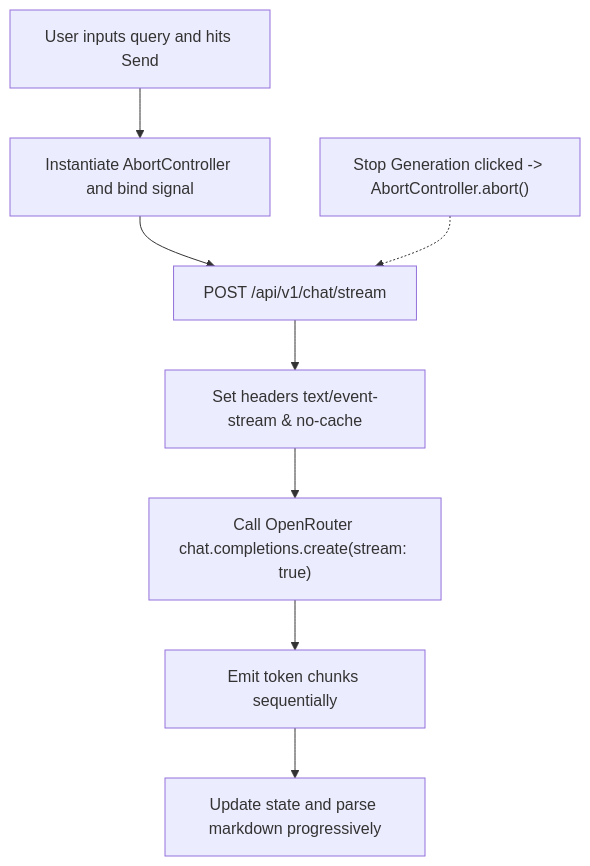
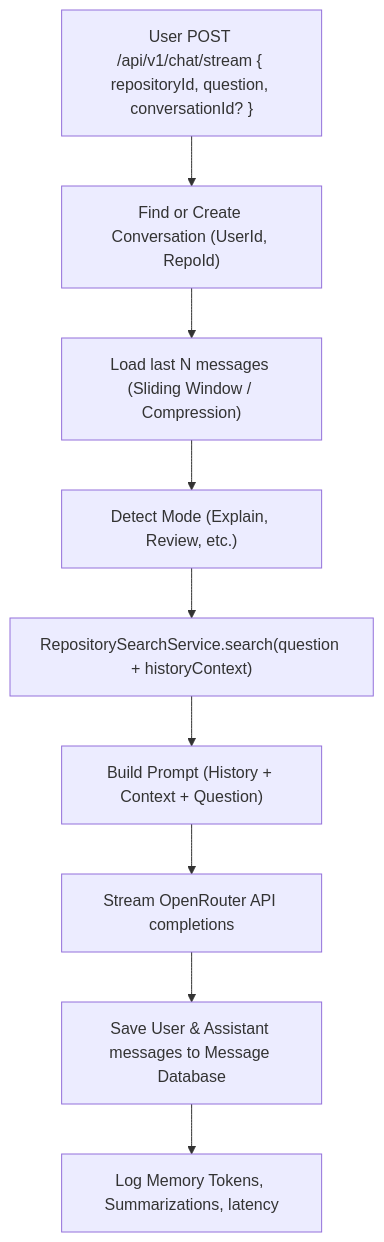
One commit to Gauravgits1308/CodeAtlas changed the diagram in apps/web/walkthrough.md. Above: the diagram before and after it, drawn with Mermaid. The commit also changed other lines of this file and 9 other files, not shown here.

Commit message:
feat: implement repository conversation memory database schemas and sidebars

````diff
--- a/apps/web/walkthrough.md
+++ b/apps/web/walkthrough.md
@@ -26,19 +31,21 @@
 ```mermaid
 graph TD
-    User["User inputs query and hits Send"]
-    AbortCtrl["Instantiate AbortController and bind signal"]
-    FetchStream["POST /api/v1/chat/stream"]
-    SSEHeaders["Set headers text/event-stream & no-cache"]
-    LLMStream["Call OpenRouter chat.completions.create(stream: true)"]
-    TokenEmit["Emit token chunks sequentially"]
-    ClientRender["Update state and parse markdown progressively"]
-    ClientStop["Stop Generation clicked -> AbortController.abort()"]
+    UserQuery["User POST /api/v1/chat/stream { repositoryId, question, conversationId? }"]
+    FindOrCreate["Find or Create Conversation (UserId, RepoId)"]
+    MemoryLoad["Load last N messages (Sliding Window / Compression)"]
+    ModeDetect["Detect Mode (Explain, Review, etc.)"]
+    Search["RepositorySearchService.search(question + historyContext)"]
+    PromptBuild["Build Prompt (History + Context + Question)"]
+    LLM["Stream OpenRouter API completions"]
+    SaveMessage["Save User & Assistant messages to Message Database"]
+    Telemetry["Log Memory Tokens, Summarizations, latency"]
 
-    User --> AbortCtrl
-    AbortCtrl --> FetchStream
-    FetchStream --> SSEHeaders
-    SSEHeaders --> LLMStream
-    LLMStream --> TokenEmit
-    TokenEmit --> ClientRender
-    ClientStop -.-> FetchStream
+    UserQuery --> FindOrCreate
+    FindOrCreate --> MemoryLoad
+    MemoryLoad --> ModeDetect
+    ModeDetect --> Search
+    Search --> PromptBuild
+    PromptBuild --> LLM
+    LLM --> SaveMessage
+    SaveMessage --> Telemetry
 ```
````
